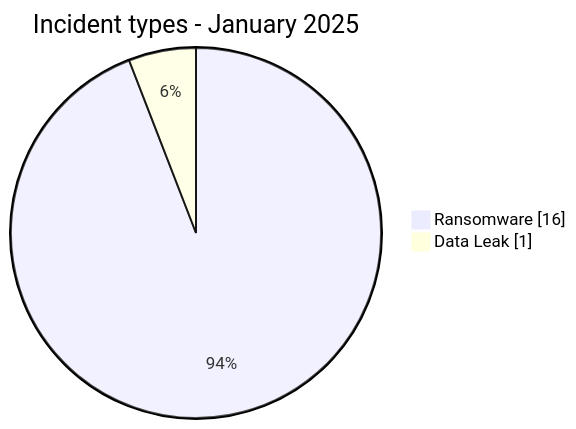
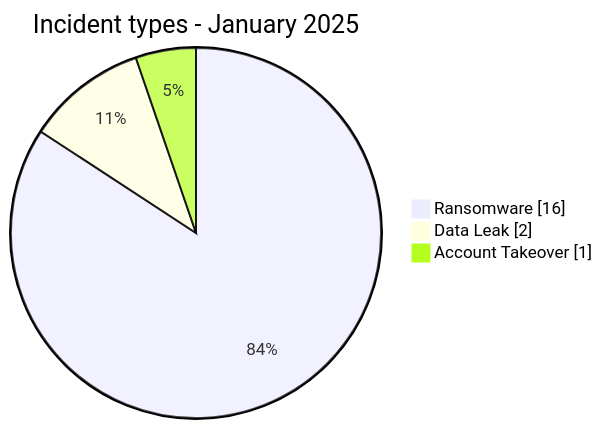
One commit to Hatchepsoute/AFRINTEL changed the first of 2 diagrams in CyberAttackAfrica/2025/01-january/README.md. Above: the diagram before and after it, drawn with Mermaid. The commit also changed other lines of this file and 73 other files, not shown here.

````diff
--- a/CyberAttackAfrica/2025/01-january/README.md
+++ b/CyberAttackAfrica/2025/01-january/README.md
@@ -65,6 +78,7 @@
 ```mermaid
 pie showData
     title Incident types - January 2025
     "Ransomware" : 16
-    "Data Leak" : 1
+    "Data Leak" : 2
+    "Account Takeover" : 1
 ```
````
